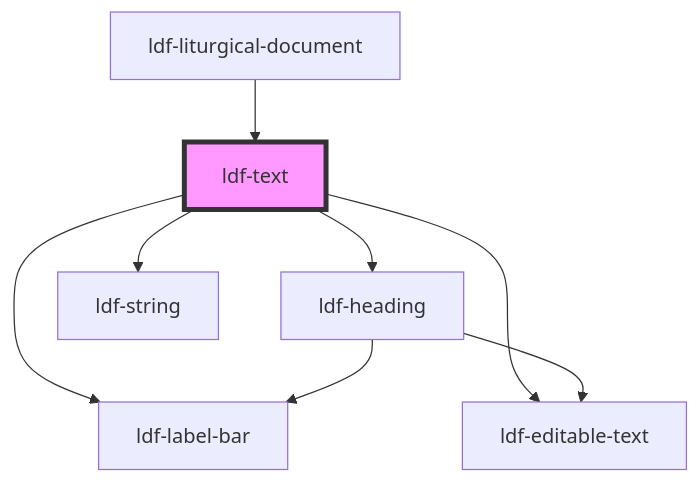
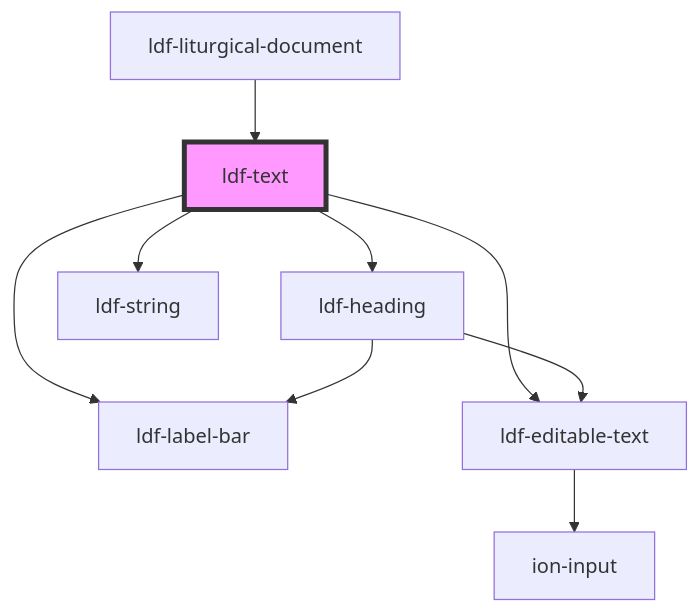
The diagram in components/src/components/text/readme.md (gbj/venite), drawn with Mermaid before and after one commit. The commit also changed 22 other files, not shown here.

````diff
--- a/components/src/components/text/readme.md
+++ b/components/src/components/text/readme.md
@@ -44,11 +44,12 @@
 ```mermaid
 graph TD;
   ldf-text --> ldf-label-bar
   ldf-text --> ldf-heading
   ldf-text --> ldf-editable-text
   ldf-text --> ldf-string
   ldf-heading --> ldf-editable-text
   ldf-heading --> ldf-label-bar
+  ldf-editable-text --> ion-input
   ldf-liturgical-document --> ldf-text
   style ldf-text fill:#f9f,stroke:#333,stroke-width:4px
 ```
````
